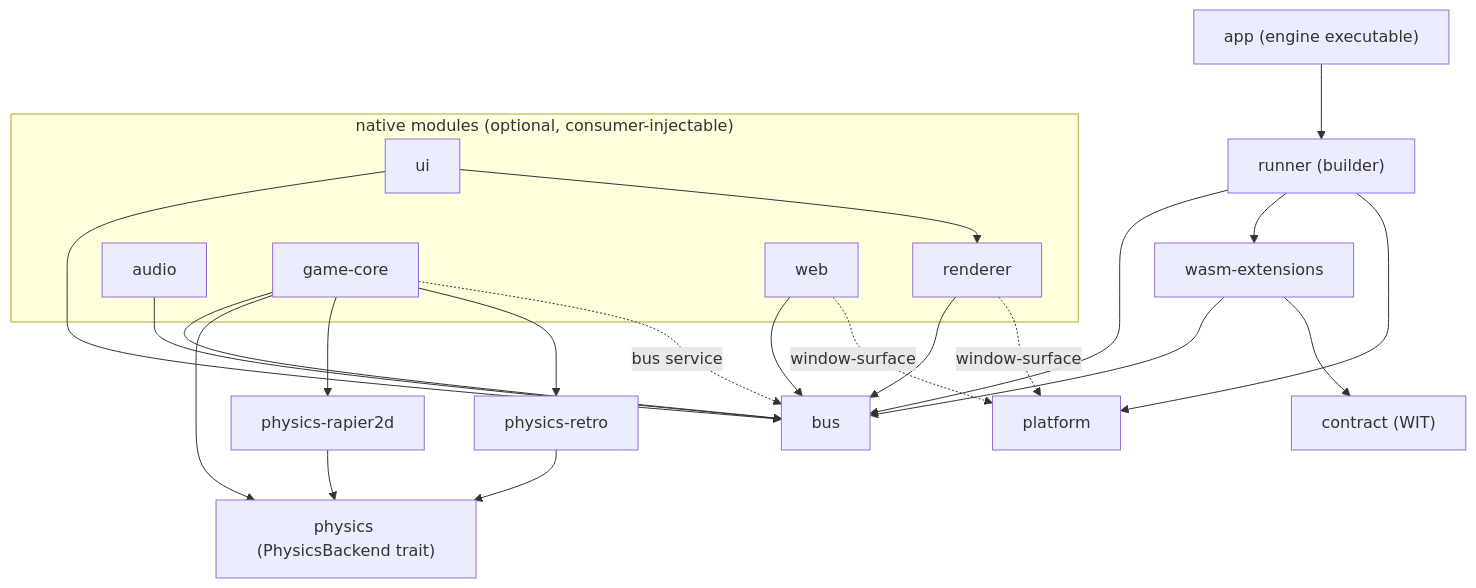
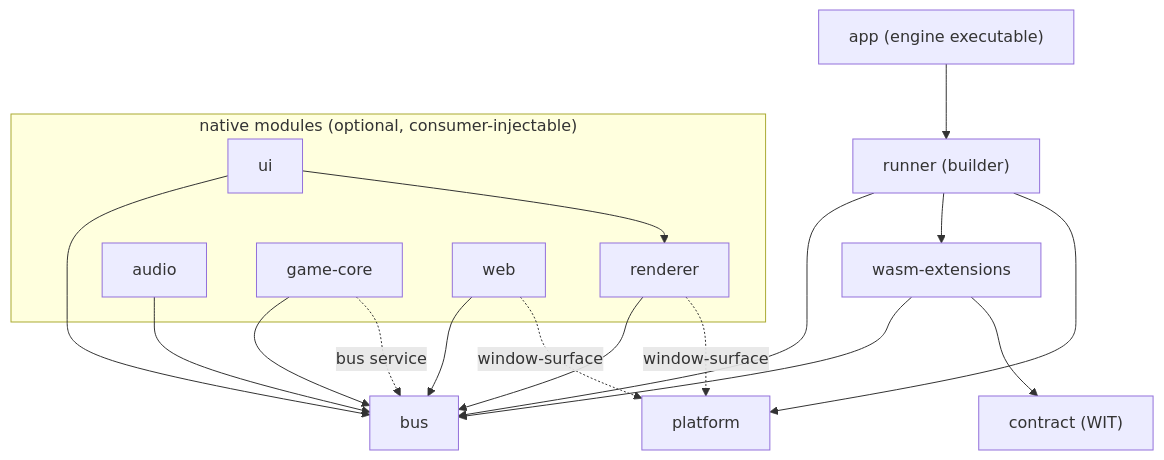
Before and after one commit to an-dr/bones: the diagram in docs/structure.md, drawn with Mermaid. The commit also changed other lines of this file and 49 other files, not shown here.

Commit message:
Fold physics-rapier2d/physics-retro/physics crates back into game-core (ADR-022)

````diff
--- a/docs/structure.md
+++ b/docs/structure.md
@@ -48,33 +48,25 @@
 ```mermaid
 graph TD
     App["app (engine executable)"] --> Runner["runner (builder)"]
     Runner --> Bus["bus"]
     Runner --> WasmExtensions["wasm-extensions"]
     Runner --> Platform["platform"]
     WasmExtensions --> Bus
     WasmExtensions --> Contract["contract (WIT)"]
     subgraph Modules["native modules (optional, consumer-injectable)"]
         Renderer["renderer"]
         UI["ui"]
         Audio["audio"]
         GameCore["game-core"]
         Web["web"]
     end
-    Physics["physics (PhysicsBackend trait)"]
-    PhysicsRapier2d["physics-rapier2d"]
-    PhysicsRetro["physics-retro"]
     Renderer --> Bus
     UI --> Bus
     UI --> Renderer
     Audio --> Bus
     GameCore --> Bus
-    GameCore --> Physics
-    GameCore --> PhysicsRapier2d
-    GameCore --> PhysicsRetro
-    PhysicsRapier2d --> Physics
-    PhysicsRetro --> Physics
     Web --> Bus
     Renderer -. "window-surface" .-> Platform
     GameCore -. "bus service" .-> Bus
     Web -. "window-surface" .-> Platform
 ```
````
